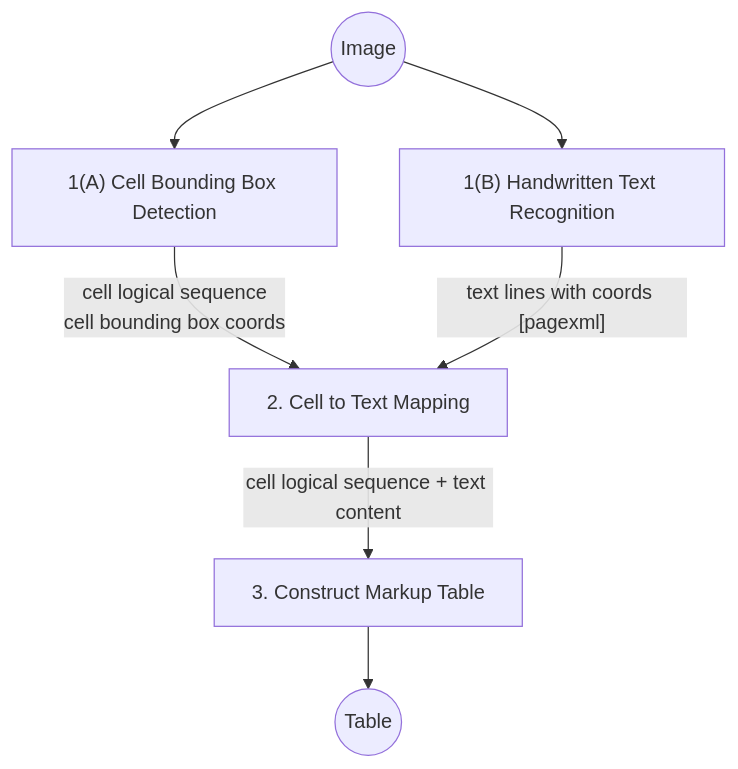
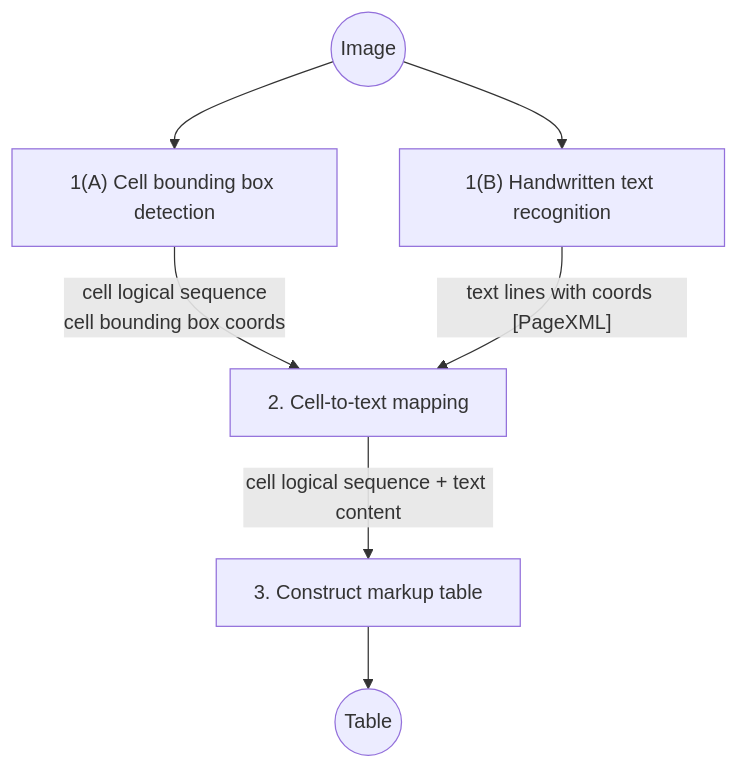
One commit to Shoilee/stamboeken_htr changed the diagram in README.md. Above: the diagram before and after it, drawn with Mermaid. The commit also changed other lines of this file and 1 other file, not shown here.

````diff
--- a/README.md
+++ b/README.md
@@ -40,10 +85,9 @@
 ```mermaid
 graph TD;
-   A((Image)) --> B["1(A) Cell Bounding Box Detection"];
-   A((Image)) --> C["1(B) Handwritten Text Recognition"];
-   B -- cell logical sequence <br/>cell bounding box coords --> D[2. Cell to Text Mapping]
-   C --text lines with coords [pagexml]--> D;
-   D --cell logical sequence + text content--> E[3. Construct Markup Table];
-   E-->F((Table))
-
+   A((Image)) --> B["1(A) Cell bounding box detection"];
+   A((Image)) --> C["1(B) Handwritten text recognition"];
+   B -- cell logical sequence <br/>cell bounding box coords --> D[2. Cell-to-text mapping]
+   C -- text lines with coords [PageXML] --> D;
+   D -- cell logical sequence + text content --> E[3. Construct markup table];
+   E --> F((Table))
 ```
````
